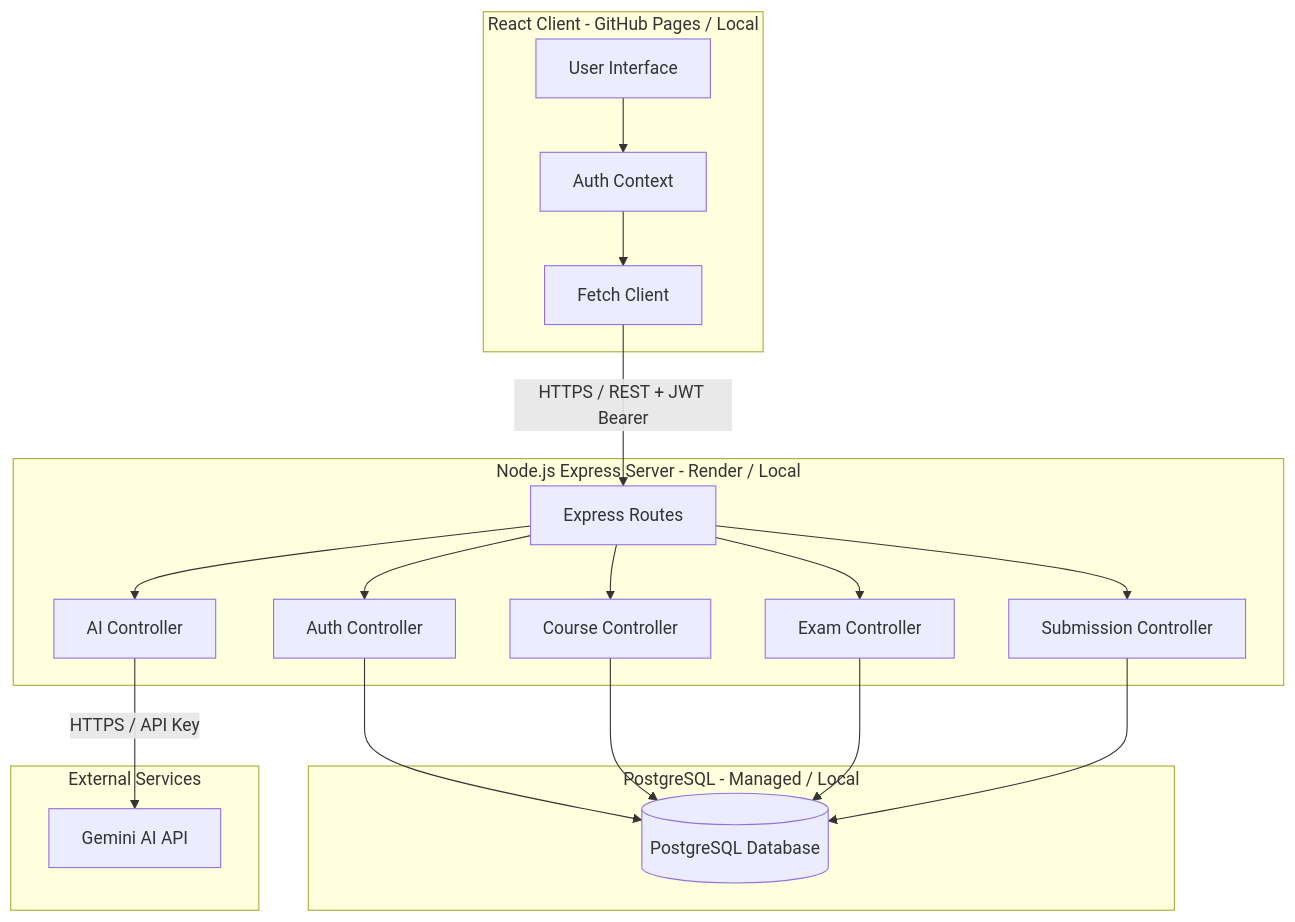
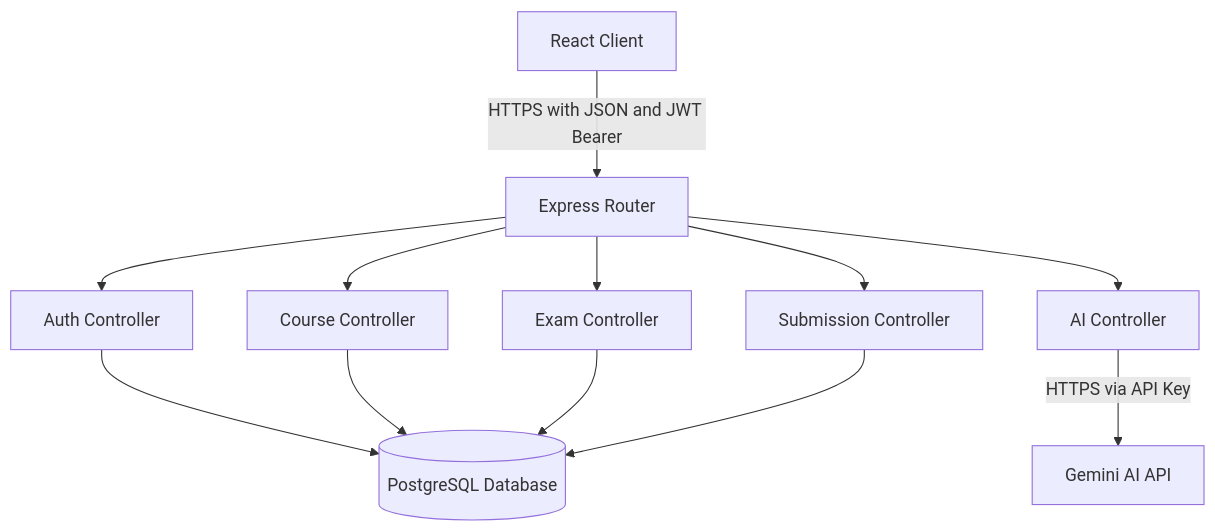
Before and after one commit to Nashd31/ExamApp: the first of 5 diagrams in README.md, drawn with Mermaid. The commit also changed other lines of this file, not shown here.

````diff
--- a/README.md
+++ b/README.md
@@ -55,47 +55,7 @@
 ```mermaid
 graph TD
-    %% Client Side
-    subgraph Frontend [React Client - GitHub Pages / Local]
-        UI[User Interface]
-        AuthCtx[Auth Context]
-        APIClient[Fetch Client]
-        UI --> AuthCtx
-        AuthCtx --> APIClient
-    end
-
-    %% Network
-    APIClient -- "HTTPS / REST + JWT Bearer" --> Router
-
-    %% Server Side
-    subgraph Backend [Node.js Express Server - Render / Local]
-        Router[Express Routes]
-        AuthCtrl[Auth Controller]
-        CourseCtrl[Course Controller]
-        ExamCtrl[Exam Controller]
-        SubCtrl[Submission Controller]
-        AICtrl[AI Controller]
-        
-        Router --> AuthCtrl
-        Router --> CourseCtrl
-        Router --> ExamCtrl
-        Router --> SubCtrl
-        Router --> AICtrl
-    end
-
-    %% Database
-    subgraph Database [PostgreSQL - Managed / Local]
-        DB[(PostgreSQL Database)]
-    end
-
-    %% External Services
-    subgraph External [External Services]
-        Gemini[Gemini AI API]
-    end
-
-    AuthCtrl --> DB
-    CourseCtrl --> DB
-    ExamCtrl --> DB
-    SubCtrl --> DB
-    
-    AICtrl -- "HTTPS / API Key" --> Gemini
+    UI[React Client] -- "HTTPS with JSON and JWT Bearer" --> Router[Express Router]
+    Router --> AuthCtrl[Auth Controller] & CourseCtrl[Course Controller] & ExamCtrl[Exam Controller] & SubCtrl[Submission Controller] & AICtrl[AI Controller]
+    AuthCtrl & CourseCtrl & ExamCtrl & SubCtrl --> DB[(PostgreSQL Database)]
+    AICtrl -- "HTTPS via API Key" --> Gemini[Gemini AI API]
 ```
````
